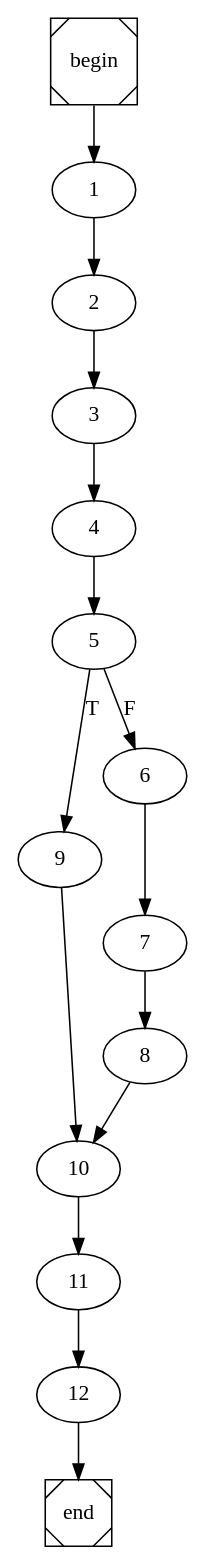
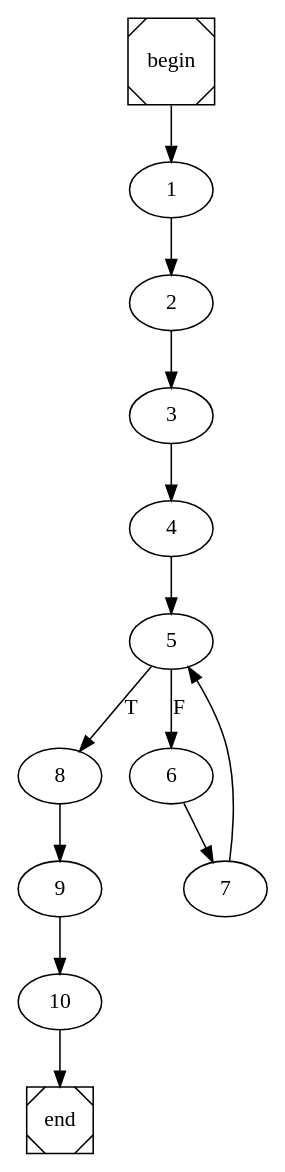
One commit to TheZambi/COMP changed the diagram in main.dot. Above: the diagram before and after it, drawn with Graphviz. The commit also changed 5 other files, not shown here.

```diff
--- a/main.dot
+++ b/main.dot
@@ -1,4 +1,4 @@
 digraph cfg {
 	begin [shape=Msquare];
 	end [shape=Msquare];
-	begin -> 1;	1 -> 2;	2 -> 3;	3 -> 4;	4 -> 5;	5 -> 9[label=T];	5 -> 6[label=F];	6 -> 7;	7 -> 8;	8 -> 10;	9 -> 10;	10 -> 11;	11 -> 12;	12 -> end;}
+	begin -> 1;	1 -> 2;	2 -> 3;	3 -> 4;	4 -> 5;	5 -> 8[label=T];	5 -> 6[label=F];	6 -> 7;	7 -> 5;	8 -> 9;	9 -> 10;	10 -> end;}
```
